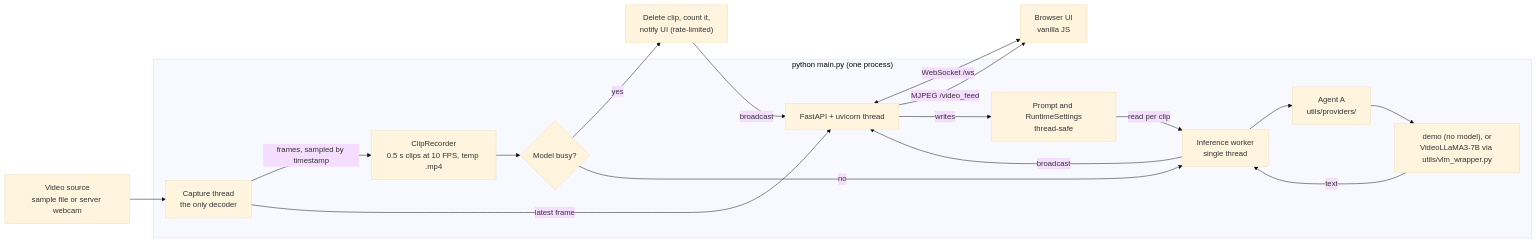
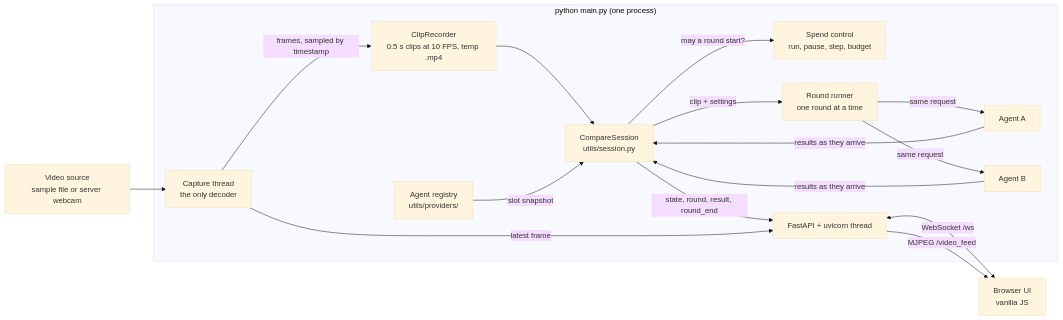
Before and after one commit to LordLokator/VLMPromptEngineeringSandbox: the first of 2 diagrams in README.md, drawn with Mermaid (base theme). The commit also changed other lines of this file and 26 other files, not shown here.

First line of the commit message:
feat: two-agent compare view on a typed protocol with spend control (#17)

````diff
--- a/README.md
+++ b/README.md
@@ -104,29 +115,29 @@
 ```mermaid
 flowchart LR
     SRC["Video source<br/>sample file or server webcam"]
     UI["Browser UI<br/>vanilla JS"]
 
     subgraph APP["python main.py (one process)"]
         CAP["Capture thread<br/>the only decoder"]
         REC["ClipRecorder<br/>0.5 s clips at 10 FPS, temp .mp4"]
-        GATE{"Model busy?"}
-        EXEC["Inference worker<br/>single thread"]
-        BACK["Agent A<br/>utils/providers/"]
-        VLM["demo (no model), or<br/>VideoLLaMA3-7B via utils/vlm_wrapper.py"]
-        STATE["Prompt and RuntimeSettings<br/>thread-safe"]
+        SES["CompareSession<br/>utils/session.py"]
+        SPEND["Spend control<br/>run, pause, step, budget"]
+        RUN["Round runner<br/>one round at a time"]
+        A["Agent A"]
+        B["Agent B"]
+        REG["Agent registry<br/>utils/providers/"]
         WEB["FastAPI + uvicorn thread"]
     end
 
     SRC --> CAP
-    CAP -- "frames, sampled by timestamp" --> REC --> GATE
-    GATE -- yes --> DROP["Delete clip, count it,<br/>notify UI (rate-limited)"]
-    GATE -- no --> EXEC --> BACK --> VLM
-    VLM -- text --> EXEC
-    EXEC -- broadcast --> WEB
-    DROP -- broadcast --> WEB
+    CAP -- "frames, sampled by timestamp" --> REC --> SES
+    SES -- "may a round start?" --> SPEND
+    SES -- "clip + settings" --> RUN
+    RUN -- "same request" --> A & B
+    REG -- "slot snapshot" --> SES
+    A & B -- "results as they arrive" --> SES
+    SES -- "state, round, result, round_end" --> WEB
     CAP -- "latest frame" --> WEB
     WEB <-- "WebSocket /ws" --> UI
     WEB -- "MJPEG /video_feed" --> UI
-    WEB -- writes --> STATE
-    STATE -- read per clip --> EXEC
 ```
````
